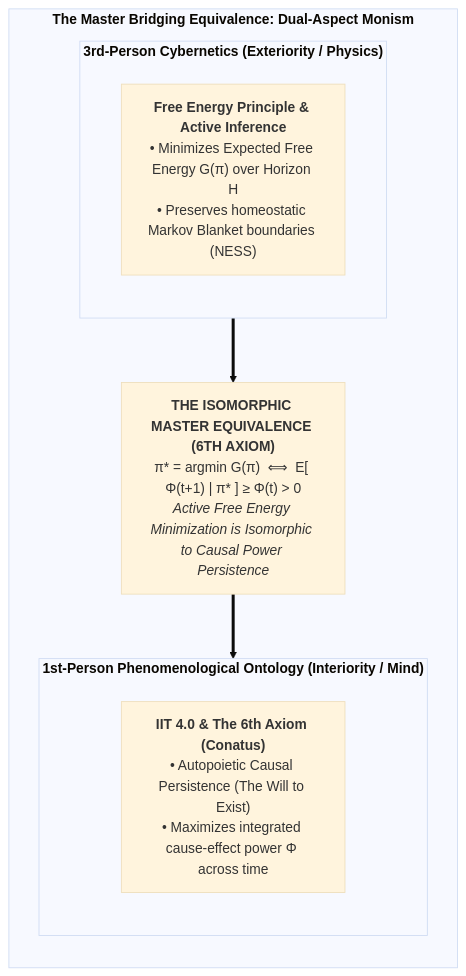
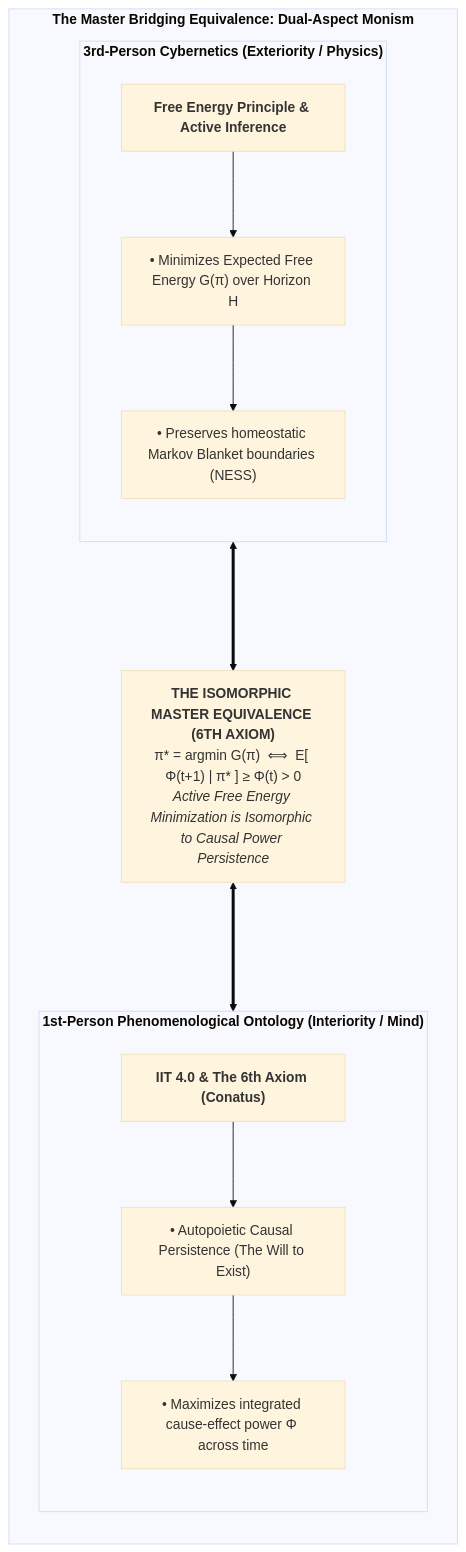
Before and after one commit to Thriebl/active-inference-phi-network: diagram 22 of 50 in book/build/CIF_Monograph_EN.md, drawn with Mermaid (base theme). The commit also changed other lines of this file and 8 other files, not shown here.

Commit message:
chore: clarify active inference vs conative components with comments and eliminate syntax warning

````diff
--- a/book/build/CIF_Monograph_EN.md
+++ b/book/build/CIF_Monograph_EN.md
@@ -959,20 +948,26 @@
 ```mermaid
 flowchart TD
     subgraph DUAL_ASPECT_MONISM["<b>The Master Bridging Equivalence: Dual-Aspect Monism</b>"]
         direction TB
         
         subgraph THIRD_PERSON["<b>3rd-Person Cybernetics (Exteriority / Physics)</b>"]
             direction TB
-            TP1["<b>Free Energy Principle & Active Inference</b><br>• Minimizes Expected Free Energy G(π) over Horizon H<br>• Preserves homeostatic Markov Blanket boundaries (NESS)"]
+            TP1["<b>Free Energy Principle & Active Inference</b>"]
+            TP2["• Minimizes Expected Free Energy G(π) over Horizon H"]
+            TP3["• Preserves homeostatic Markov Blanket boundaries (NESS)"]
+            TP1 --> TP2 --> TP3
         end
         
         EQ_CARD["<b>THE ISOMORPHIC MASTER EQUIVALENCE (6TH AXIOM)</b><br>π* = argmin G(π)  ⟺  E[ Φ(t+1) | π* ] ≥ Φ(t) > 0<br><i>Active Free Energy Minimization is Isomorphic to Causal Power Persistence</i>"]
         
         subgraph FIRST_PERSON["<b>1st-Person Phenomenological Ontology (Interiority / Mind)</b>"]
             direction TB
-            FP1["<b>IIT 4.0 & The 6th Axiom (Conatus)</b><br>• Autopoietic Causal Persistence (The Will to Exist)<br>• Maximizes integrated cause-effect power Φ across time"]
+            FP1["<b>IIT 4.0 & The 6th Axiom (Conatus)</b>"]
+            FP2["• Autopoietic Causal Persistence (The Will to Exist)"]
+            FP3["• Maximizes integrated cause-effect power Φ across time"]
+            FP1 --> FP2 --> FP3
         end
         
-        THIRD_PERSON ==> EQ_CARD ==> FIRST_PERSON
+        THIRD_PERSON <===> EQ_CARD <===> FIRST_PERSON
     end
 ```
````
